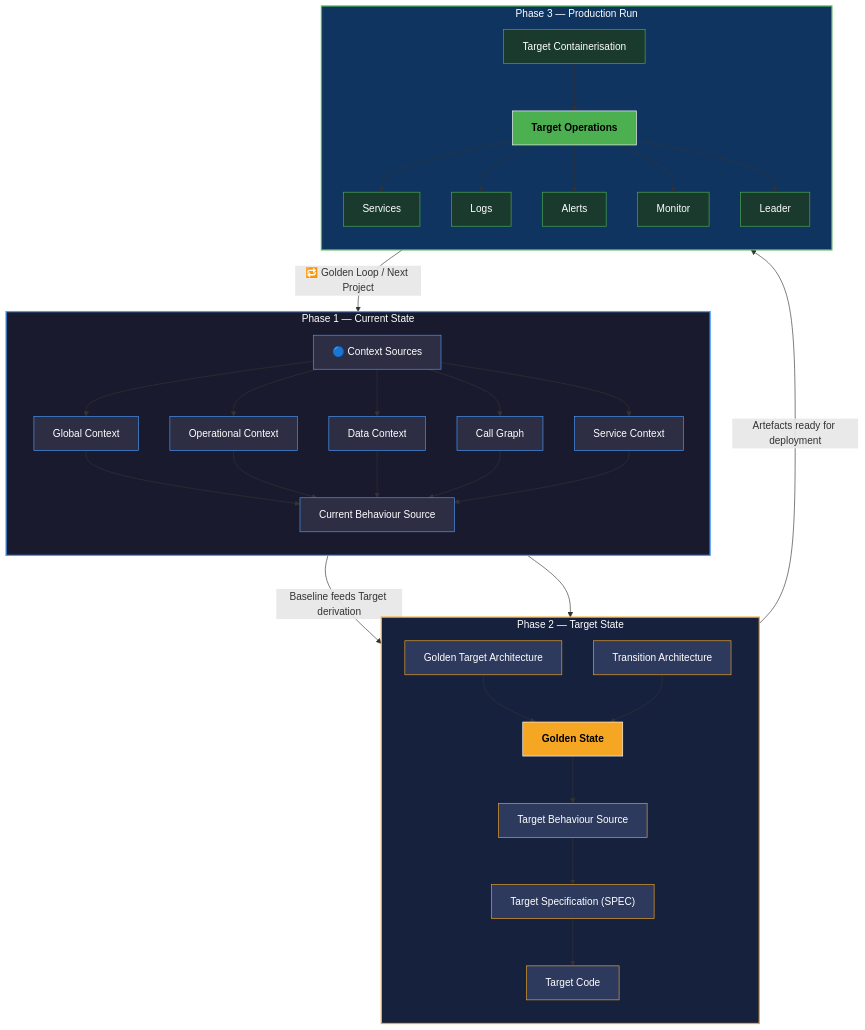
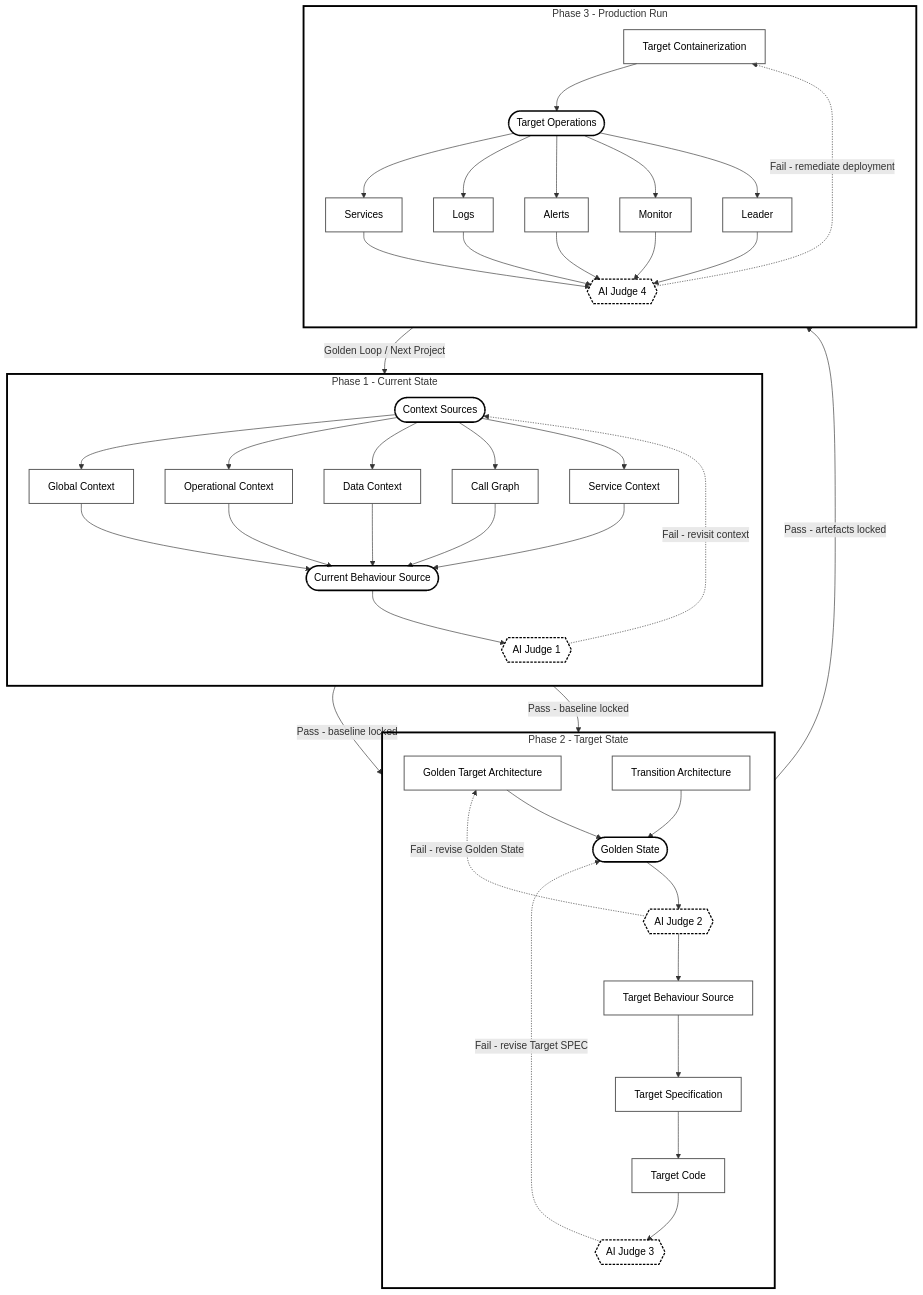
One commit to Harsha200526/expense-tracker changed the diagram in README.md. Above: the diagram before and after it, drawn with Mermaid. The commit also changed other lines of this file, not shown here.

First line of the commit message:
Revise Golden Thread methodology in README

````diff
--- a/README.md
+++ b/README.md
@@ -93,49 +222,60 @@
 ```mermaid
 flowchart TD
 
-    subgraph P1["Phase 1 — Current State"]
+    subgraph P1["Phase 1 - Current State"]
         direction TB
-        CS["🔵 Context Sources"]
+        CS(["Context Sources"])
         GC["Global Context"]
         OC["Operational Context"]
         DC["Data Context"]
         CG["Call Graph"]
         SVC["Service Context"]
-        CBS["Current Behaviour Source"]
+        CBS(["Current Behaviour Source"])
+        AJ1{{"AI Judge 1"}}
 
         CS --> GC
         CS --> OC
         CS --> DC
         CS --> CG
         CS --> SVC
-        GC & OC & DC & CG & SVC --> CBS
+        GC --> CBS
+        OC --> CBS
+        DC --> CBS
+        CG --> CBS
+        SVC --> CBS
+        CBS --> AJ1
     end
 
-    subgraph P2["Phase 2 — Target State"]
+    subgraph P2["Phase 2 - Target State"]
         direction TB
         GTA["Golden Target Architecture"]
         TA["Transition Architecture"]
-        GS["Golden State"]
+        GS(["Golden State"])
+        AJ2{{"AI Judge 2"}}
         TBS["Target Behaviour Source"]
-        TSPEC["Target Specification (SPEC)"]
+        TSPEC["Target Specification"]
         TCODE["Target Code"]
+        AJ3{{"AI Judge 3"}}
 
         GTA --> GS
         TA --> GS
-        GS --> TBS
+        GS --> AJ2
+        AJ2 --> TBS
         TBS --> TSPEC
         TSPEC --> TCODE
+        TCODE --> AJ3
     end
 
-    subgraph P3["Phase 3 — Production Run"]
+    subgraph P3["Phase 3 - Production Run"]
         direction TB
-        TCONT["Target Containerisation"]
-        TOPS["Target Operations"]
+        TCONT["Target Containerization"]
+        TOPS(["Target Operations"])
         SV["Services"]
         LG["Logs"]
         AL["Alerts"]
         MN["Monitor"]
         LD["Leader"]
+        AJ4{{"AI Judge 4"}}
 
         TCONT --> TOPS
         TOPS --> SV
@@ -143,38 +283,32 @@
         TOPS --> AL
         TOPS --> MN
         TOPS --> LD
+        SV --> AJ4
+        LG --> AJ4
+        AL --> AJ4
+        MN --> AJ4
+        LD --> AJ4
     end
 
-    %% Inter-phase flow
-    CBS -->|"Baseline feeds Target derivation"| GTA
-    CBS --> TA
-    TCODE -->|"Artefacts ready for deployment"| TCONT
+    AJ1 -->|"Pass - baseline locked"| GTA
+    AJ1 -->|"Pass - baseline locked"| TA
+    AJ3 -->|"Pass - artefacts locked"| TCONT
+    AJ4 -->|"Golden Loop / Next Project"| CS
 
-    %% Golden Loop feedback
-    TOPS -->|"🔁 Golden Loop / Next Project"| CS
+    AJ1 -.->|"Fail - revisit context"| CS
+    AJ2 -.->|"Fail - revise Golden State"| GTA
+    AJ3 -.->|"Fail - revise Target SPEC"| GS
+    AJ4 -.->|"Fail - remediate deployment"| TCONT
 
-    %% Styling
-    style P1 fill:#1a1a2e,stroke:#4a9eff,stroke-width:2px,color:#fff
-    style P2 fill:#16213e,stroke:#f5a623,stroke-width:2px,color:#fff
-    style P3 fill:#0f3460,stroke:#4caf50,stroke-width:2px,color:#fff
-    style CS fill:#2d2d44,stroke:#4a9eff,color:#fff
-    style CBS fill:#2d2d44,stroke:#4a9eff,color:#fff
-    style GTA fill:#2d3a5e,stroke:#f5a623,color:#fff
-    style TA fill:#2d3a5e,stroke:#f5a623,color:#fff
-    style GS fill:#f5a623,stroke:#fff,color:#000,font-weight:bold
-    style TBS fill:#2d3a5e,stroke:#f5a623,color:#fff
-    style TSPEC fill:#2d3a5e,stroke:#f5a623,color:#fff
-    style TCODE fill:#2d3a5e,stroke:#f5a623,color:#fff
-    style TCONT fill:#1a3a2e,stroke:#4caf50,color:#fff
-    style TOPS fill:#4caf50,stroke:#fff,color:#000,font-weight:bold
-    style SV fill:#1a3a2e,stroke:#4caf50,color:#fff
-    style LG fill:#1a3a2e,stroke:#4caf50,color:#fff
-    style AL fill:#1a3a2e,stroke:#4caf50,color:#fff
-    style MN fill:#1a3a2e,stroke:#4caf50,color:#fff
-    style LD fill:#1a3a2e,stroke:#4caf50,color:#fff
-    style GC fill:#2d2d44,stroke:#4a9eff,color:#fff
-    style OC fill:#2d2d44,stroke:#4a9eff,color:#fff
-    style DC fill:#2d2d44,stroke:#4a9eff,color:#fff
-    style CG fill:#2d2d44,stroke:#4a9eff,color:#fff
-    style SVC fill:#2d2d44,stroke:#4a9eff,color:#fff
+    classDef artifact fill:transparent,stroke:#555555,stroke-width:1.5px,color:inherit
+    classDef hub fill:transparent,stroke:#000000,stroke-width:2.5px,color:inherit
+    classDef judge fill:transparent,stroke:#000000,stroke-width:2px,stroke-dasharray:4 2,color:inherit
+
+    class GC,OC,DC,CG,SVC,GTA,TA,TBS,TSPEC,TCODE,TCONT,SV,LG,AL,MN,LD artifact
+    class CS,CBS,GS,TOPS hub
+    class AJ1,AJ2,AJ3,AJ4 judge
+
+    style P1 fill:transparent,stroke:#000000,stroke-width:3px
+    style P2 fill:transparent,stroke:#000000,stroke-width:3px
+    style P3 fill:transparent,stroke:#000000,stroke-width:3px
 ```
````
